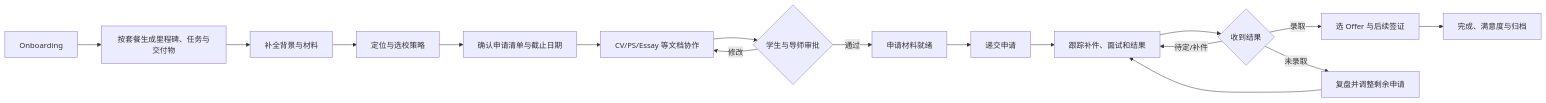
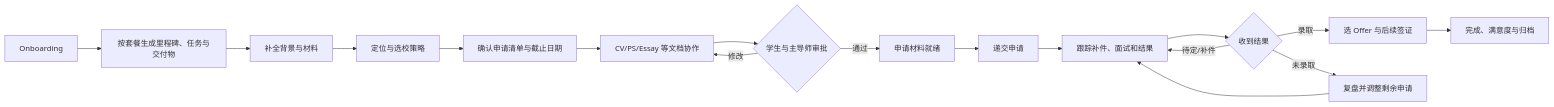
One commit to deepsota-ai/fly-oversea changed the third of 4 diagrams in docs/business-flows.md. Above: the diagram before and after it, drawn with Mermaid. The commit also changed other lines of this file and 3 other files, not shown here.

````diff
--- a/docs/business-flows.md
+++ b/docs/business-flows.md
@@ -60,19 +62,19 @@
 ```mermaid
 flowchart LR
     onboarding["Onboarding"] --> template["按套餐生成里程碑、任务与交付物"]
     template --> profile["补全背景与材料"]
     profile --> strategy["定位与选校策略"]
     strategy --> plan["确认申请清单与截止日期"]
     plan --> docs["CV/PS/Essay 等文档协作"]
-    docs --> review{"学生与导师审批"}
+    docs --> review{"学生与主导师审批"}
     review -->|"修改"| docs
     review -->|"通过"| submitReady["申请材料就绪"]
     submitReady --> submit["递交申请"]
     submit --> track["跟踪补件、面试和结果"]
     track --> result{"收到结果"}
     result -->|"待定/补件"| track
     result -->|"录取"| decision["选 Offer 与后续签证"]
     result -->|"未录取"| adjust["复盘并调整剩余申请"]
     adjust --> track
     decision --> archive["完成、满意度与归档"]
 ```
````
